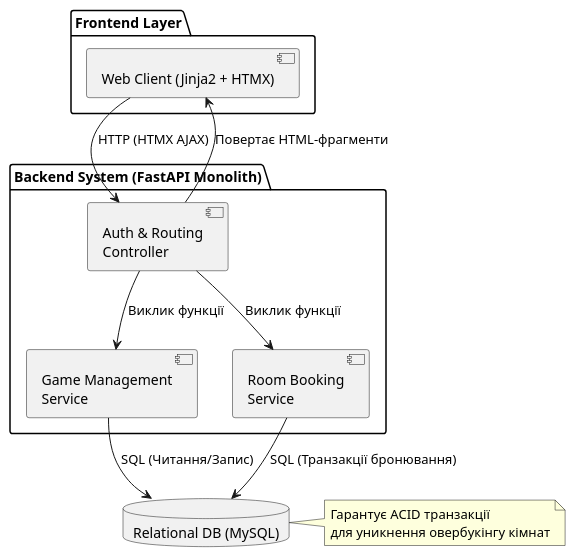
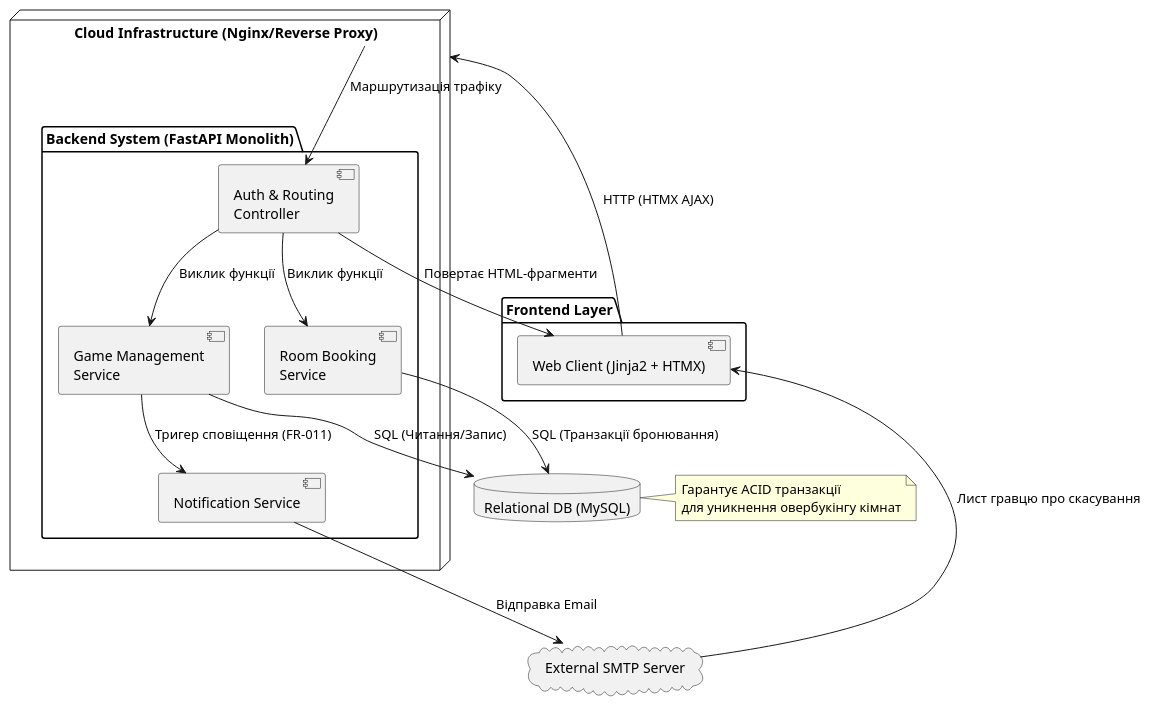
Before and after one commit to ukma-fin-ssdm-2026/vibecoders: the diagram in docs/architecture/uml/component-diagram.puml, drawn with PlantUML. The commit also changed other lines of this file, not shown here.

Commit message:
Refactor component diagram to include Cloud infrastructure
Reorganize components under Cloud infrastructure and add Notification Service. Update interactions to include new service and SMTP.

```diff
--- a/docs/architecture/uml/component-diagram.puml
+++ b/docs/architecture/uml/component-diagram.puml
@@ -1,27 +1,36 @@
 @startuml
 skinparam componentStyle uml2
 
 package "Frontend Layer" {
   component "Web Client (Jinja2 + HTMX)" as Client
 }
 
-package "Backend System (FastAPI Monolith)" {
-  component "Auth & Routing\nController" as Auth
-  component "Game Management\nService" as GameSvc
-  component "Room Booking\nService" as RoomSvc
+node "Cloud Infrastructure (Nginx/Reverse Proxy)" as Cloud {
+  package "Backend System (FastAPI Monolith)" {
+    component "Auth & Routing\nController" as Auth
+    component "Game Management\nService" as GameSvc
+    component "Room Booking\nService" as RoomSvc
+    component "Notification Service" as NotifSvc
+  }
 }
 
 database "Relational DB (MySQL)" as DB
+cloud "External SMTP Server" as SMTP
 
-Client --> Auth : HTTP (HTMX AJAX)
+Client --> Cloud : HTTP (HTMX AJAX)
+Cloud --> Auth : Маршрутизація трафіку
 Auth --> GameSvc : Виклик функції
 Auth --> RoomSvc : Виклик функції
 GameSvc --> DB : SQL (Читання/Запис)
 RoomSvc --> DB : SQL (Транзакції бронювання)
 Auth --> Client : Повертає HTML-фрагменти
 
+GameSvc --> NotifSvc : Тригер сповіщення (FR-011)
+NotifSvc --> SMTP : Відправка Email
+SMTP --> Client : Лист гравцю про скасування
+
 note right of DB
   Гарантує ACID транзакції
   для уникнення овербукінгу кімнат
 end note
 @enduml
```
